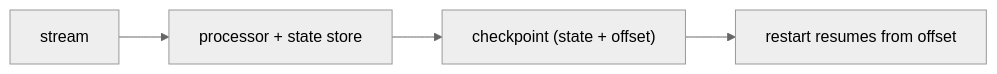
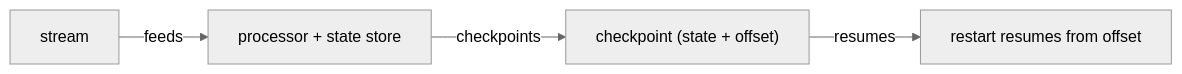
One commit to vinayakuber/streaming-systems-study-guide changed the ninth of 19 diagrams in docs/ch07-the-practicalities-of-persistent-state.md. Above: the diagram before and after it, drawn with Mermaid (neutral theme). The commit also changed other lines of this file and 22 other files, not shown here.

First line of the commit message:
R18: label every diagram arrow with its meaning

````diff
--- a/docs/ch07-the-practicalities-of-persistent-state.md
+++ b/docs/ch07-the-practicalities-of-persistent-state.md
@@ -226,6 +226,6 @@
 ```mermaid
 flowchart LR
-  S["stream"] --> P["processor + state store"]
-  P --> C["checkpoint (state + offset)"]
-  C --> R["restart resumes from offset"]
+  S["stream"] -->|"feeds"| P["processor + state store"]
+  P -->|"checkpoints"| C["checkpoint (state + offset)"]
+  C -->|"resumes"| R["restart resumes from offset"]
 ```
````
